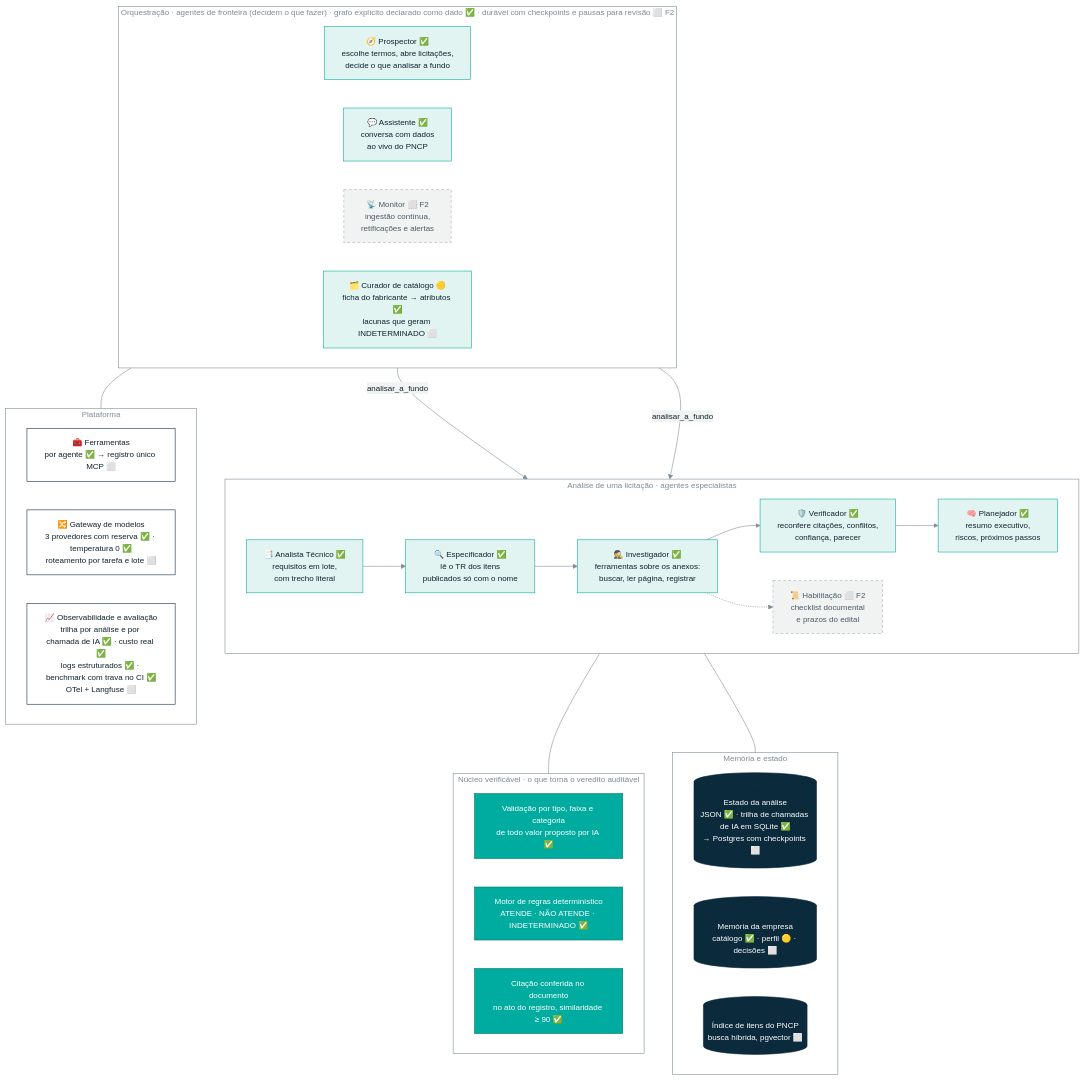
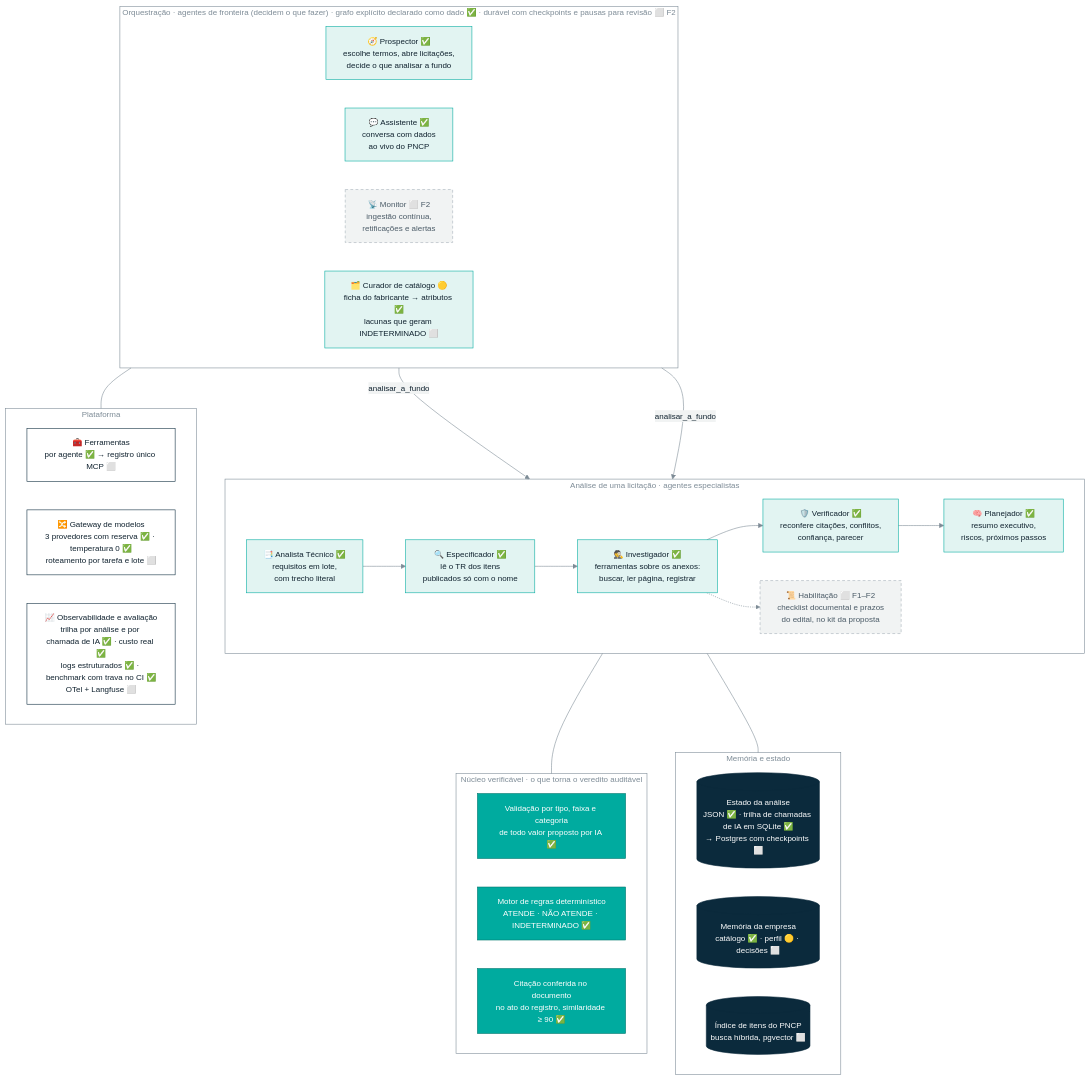
Before and after one commit to Omniamind-org/obranexo: the second of 5 diagrams in README.md, drawn with Mermaid. The commit also changed other lines of this file and 14 other files, not shown here.

First line of the commit message:
docs(readme): coerência entre descoberta, custo, fases e kit da proposta

````diff
--- a/README.md
+++ b/README.md
@@ -170,50 +171,50 @@
 ```mermaid
 %%{init: {'theme':'base','themeVariables':{'primaryColor':'#e2f4f2','primaryTextColor':'#10222f','primaryBorderColor':'#00ab9f','lineColor':'#7d8b96','edgeLabelBackground':'#f1f3f3','fontSize':'14px','clusterBkg':'transparent','clusterBorder':'#7d8b96','titleColor':'#7d8b96'}}}%%
 flowchart TB
   subgraph ORQ[" Orquestração · agentes de fronteira (decidem o que fazer) · grafo explícito declarado como dado ✅ · durável com checkpoints e pausas para revisão ⬜ F2 "]
     direction LR
     PR[🧭 Prospector ✅<br/>escolhe termos, abre licitações,<br/>decide o que analisar a fundo]:::ag
     AS[💬 Assistente ✅<br/>conversa com dados<br/>ao vivo do PNCP]:::ag
     MO[📡 Monitor ⬜ F2<br/>ingestão contínua,<br/>retificações e alertas]:::plan
     CU[🗂️ Curador de catálogo 🟡<br/>ficha do fabricante → atributos ✅<br/>lacunas que geram INDETERMINADO ⬜]:::ag
   end
   subgraph AN[" Análise de uma licitação · agentes especialistas "]
     direction LR
     AT[📑 Analista Técnico ✅<br/>requisitos em lote,<br/>com trecho literal]:::ag
     ES[🔍 Especificador ✅<br/>lê o TR dos itens<br/>publicados só com o nome]:::ag
     IN[🕵️ Investigador ✅<br/>ferramentas sobre os anexos:<br/>buscar, ler página, registrar]:::ag
-    HB[📜 Habilitação ⬜ F2<br/>checklist documental<br/>e prazos do edital]:::plan
+    HB[📜 Habilitação ⬜ F1–F2<br/>checklist documental e prazos<br/>do edital, no kit da proposta]:::plan
     VE[🛡️ Verificador ✅<br/>reconfere citações, conflitos,<br/>confiança, parecer]:::ag
     PL[🧠 Planejador ✅<br/>resumo executivo,<br/>riscos, próximos passos]:::ag
     AT --> ES --> IN --> VE --> PL
     IN -.-> HB
   end
   subgraph NUC[" Núcleo verificável · o que torna o veredito auditável "]
     direction LR
     N1[Validação por tipo, faixa e categoria<br/>de todo valor proposto por IA ✅]:::core
     N2[Motor de regras determinístico<br/>ATENDE · NÃO ATENDE · INDETERMINADO ✅]:::core
     N3[Citação conferida no documento<br/>no ato do registro, similaridade ≥ 90 ✅]:::core
   end
   subgraph MEM[" Memória e estado "]
     direction LR
     M1[(Estado da análise<br/>JSON ✅ · trilha de chamadas de IA em SQLite ✅<br/>→ Postgres com checkpoints ⬜)]:::mem
     M2[(Memória da empresa<br/>catálogo ✅ · perfil 🟡 · decisões ⬜)]:::mem
     M3[(Índice de itens do PNCP<br/>busca híbrida, pgvector ⬜)]:::mem
   end
   subgraph INF[" Plataforma "]
     direction LR
     TR[🧰 Ferramentas<br/>por agente ✅ → registro único MCP ⬜]:::inf
     GW[🔀 Gateway de modelos<br/>3 provedores com reserva ✅ · temperatura 0 ✅<br/>roteamento por tarefa e lote ⬜]:::inf
     OB[📈 Observabilidade e avaliação<br/>trilha por análise e por chamada de IA ✅ · custo real ✅<br/>logs estruturados ✅ · benchmark com trava no CI ✅<br/>OTel + Langfuse ⬜]:::inf
   end
   PR -- analisar_a_fundo --> AN
   AS -- analisar_a_fundo --> AN
   AN --- NUC
   AN --- MEM
   ORQ --- INF
   classDef ag fill:#e2f4f2,stroke:#00ab9f,color:#10222f
   classDef plan fill:#f1f3f3,stroke:#a5b0b8,color:#4b5b67,stroke-dasharray:5 4
   classDef core fill:#00ab9f,stroke:#00756c,color:#ffffff
   classDef mem fill:#0b2a3c,stroke:#0b2a3c,color:#ffffff
   classDef inf fill:#ffffff,stroke:#0b2a3c,color:#10222f
 ```
````
